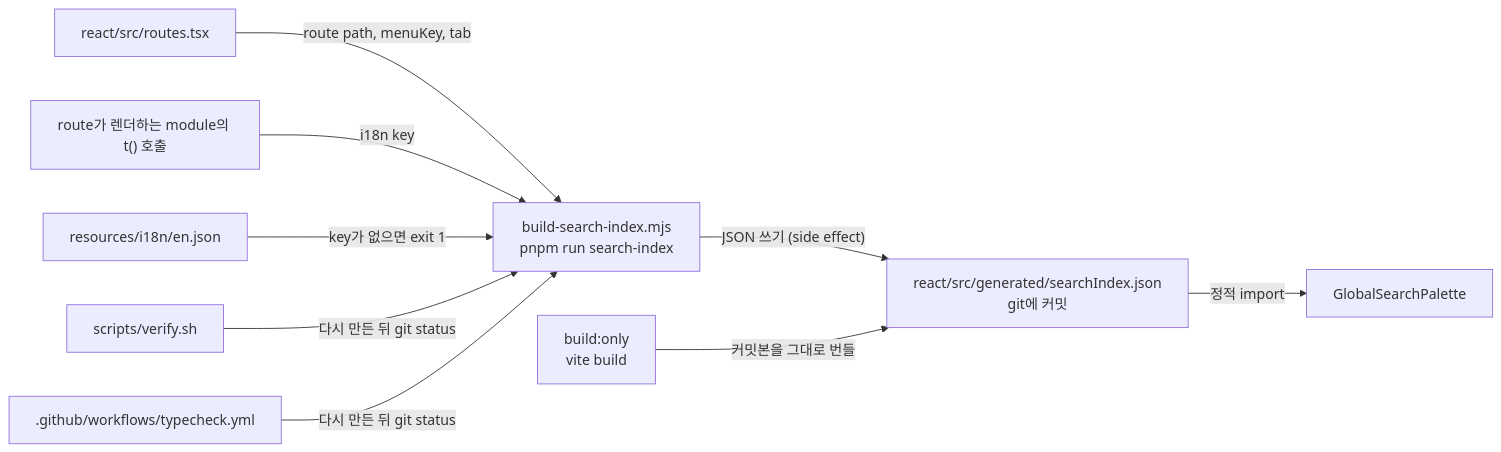
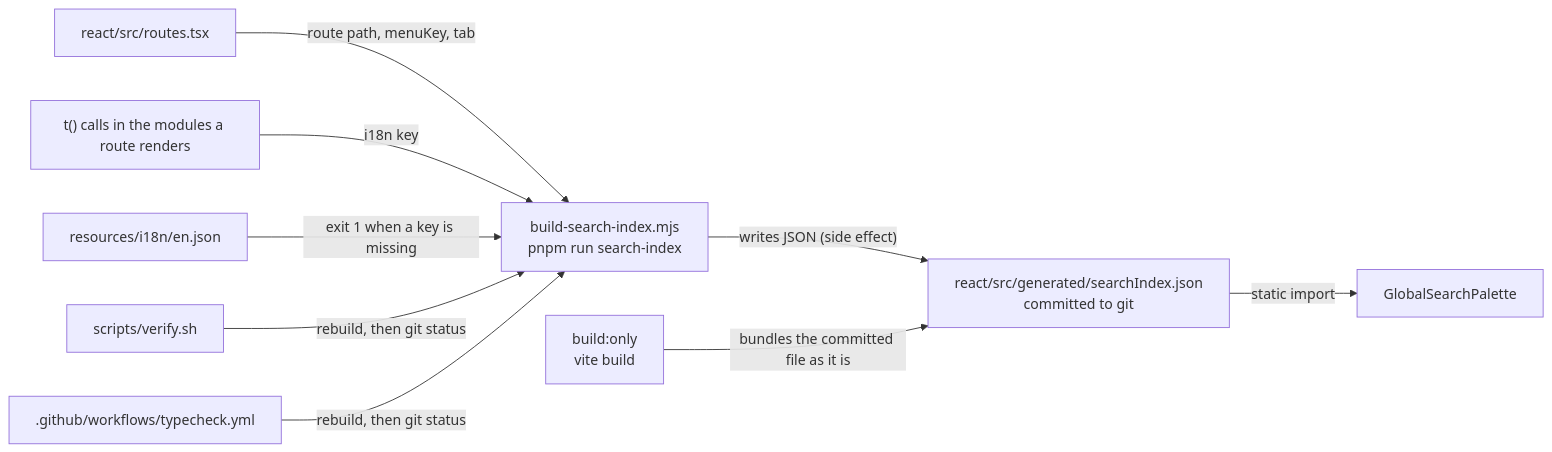
Before and after one commit to lablup/backend.ai-webui: the diagram in docs/adr/0003-committed-search-index-artifact.md, drawn with Mermaid. The commit also changed other lines of this file and 15 other files, not shown here.

First line of the commit message:
chore(#10802): translate ADR 0003–0017 and ARCHITECTURE.md into English

````diff
--- a/docs/adr/0003-committed-search-index-artifact.md
+++ b/docs/adr/0003-committed-search-index-artifact.md
@@ -22,20 +22,20 @@
 ```mermaid
 flowchart LR
   routes["react/src/routes.tsx"]
-  modules["route가 렌더하는 module의 t() 호출"]
+  modules["t() calls in the modules a route renders"]
   en["resources/i18n/en.json"]
   extractor["build-search-index.mjs<br/>pnpm run search-index"]
-  artifact["react/src/generated/searchIndex.json<br/>git에 커밋"]
+  artifact["react/src/generated/searchIndex.json<br/>committed to git"]
   verify["scripts/verify.sh"]
   ci[".github/workflows/typecheck.yml"]
   build["build:only<br/>vite build"]
   palette["GlobalSearchPalette"]
   routes -- "route path, menuKey, tab" --> extractor
   modules -- "i18n key" --> extractor
-  en -- "key가 없으면 exit 1" --> extractor
-  extractor -- "JSON 쓰기 (side effect)" --> artifact
-  verify -- "다시 만든 뒤 git status" --> extractor
-  ci -- "다시 만든 뒤 git status" --> extractor
-  build -- "커밋본을 그대로 번들" --> artifact
-  artifact -- "정적 import" --> palette
+  en -- "exit 1 when a key is missing" --> extractor
+  extractor -- "writes JSON (side effect)" --> artifact
+  verify -- "rebuild, then git status" --> extractor
+  ci -- "rebuild, then git status" --> extractor
+  build -- "bundles the committed file as it is" --> artifact
+  artifact -- "static import" --> palette
 ```
````
